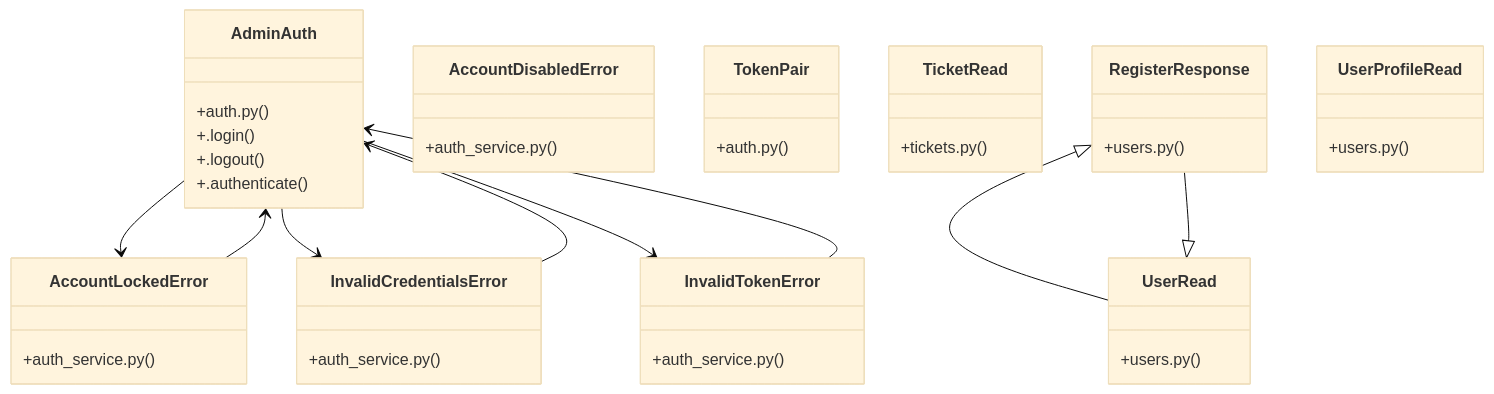
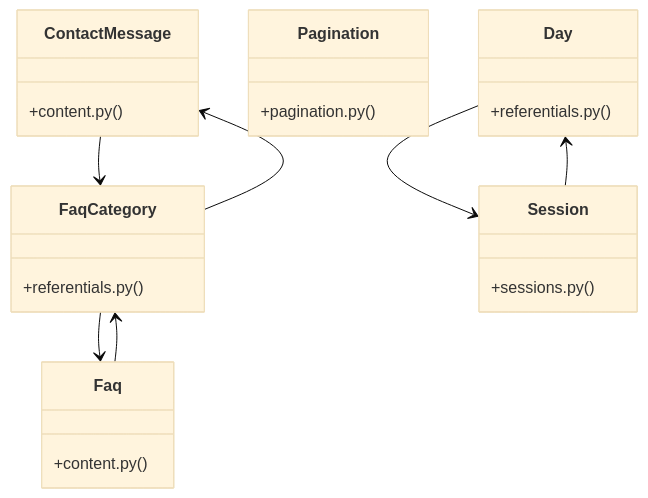
The diagram in graphify-out/wiki/[authenticate_admin()_&_make_admin()]_Cluster.md (adjanayo/synca_conf_back), drawn with Mermaid (base theme) before and after one commit. The commit also changed other lines of this file and 92 other files, not shown here.

````diff
--- a/graphify-out/wiki/[authenticate_admin()_&_make_admin()]_Cluster.md
+++ b/graphify-out/wiki/[authenticate_admin()_&_make_admin()]_Cluster.md
@@ -36,44 +36,27 @@
 ```mermaid
 classDiagram
-    class AdminAuth {
-        +auth.py()
-        +.login()
-        +.logout()
-        +.authenticate()
+    class ContactMessage {
+        +content.py()
     }
-    class AccountDisabledError {
-        +auth_service.py()
+    class Faq {
+        +content.py()
     }
-    class AccountLockedError {
-        +auth_service.py()
+    class Pagination {
+        +pagination.py()
     }
-    class InvalidCredentialsError {
-        +auth_service.py()
+    class Day {
+        +referentials.py()
     }
-    class InvalidTokenError {
-        +auth_service.py()
+    class FaqCategory {
+        +referentials.py()
     }
-    class TokenPair {
-        +auth.py()
+    class Session {
+        +sessions.py()
     }
-    class TicketRead {
-        +tickets.py()
-    }
-    class RegisterResponse {
-        +users.py()
-    }
-    class UserProfileRead {
-        +users.py()
-    }
-    class UserRead {
-        +users.py()
-    }
-    AdminAuth --> AccountLockedError
-    AdminAuth --> InvalidCredentialsError
-    AdminAuth --> InvalidTokenError
-    AccountLockedError --> AdminAuth
-    InvalidCredentialsError --> AdminAuth
-    InvalidTokenError --> AdminAuth
-    UserRead <|-- RegisterResponse
-    RegisterResponse <|-- UserRead
+    ContactMessage --> FaqCategory
+    Faq --> FaqCategory
+    Day --> Session
+    FaqCategory --> Faq
+    FaqCategory --> ContactMessage
+    Session --> Day
 ```
````
